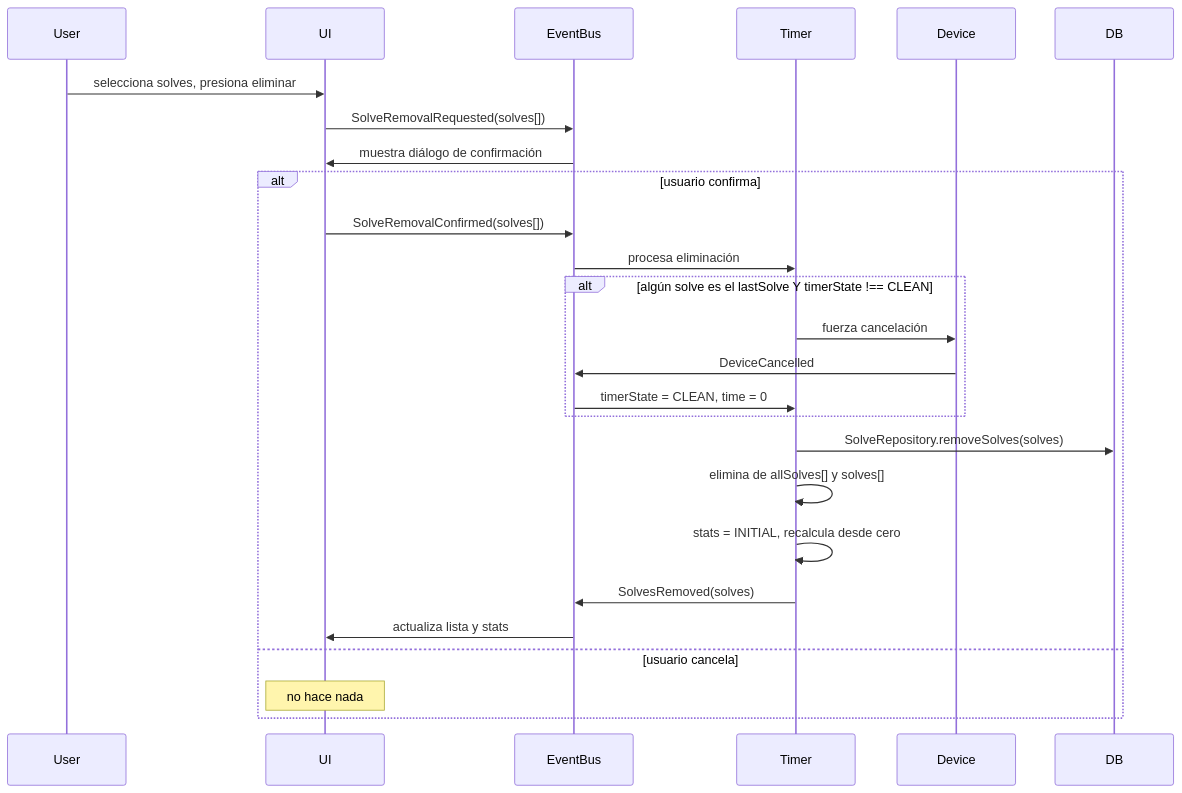
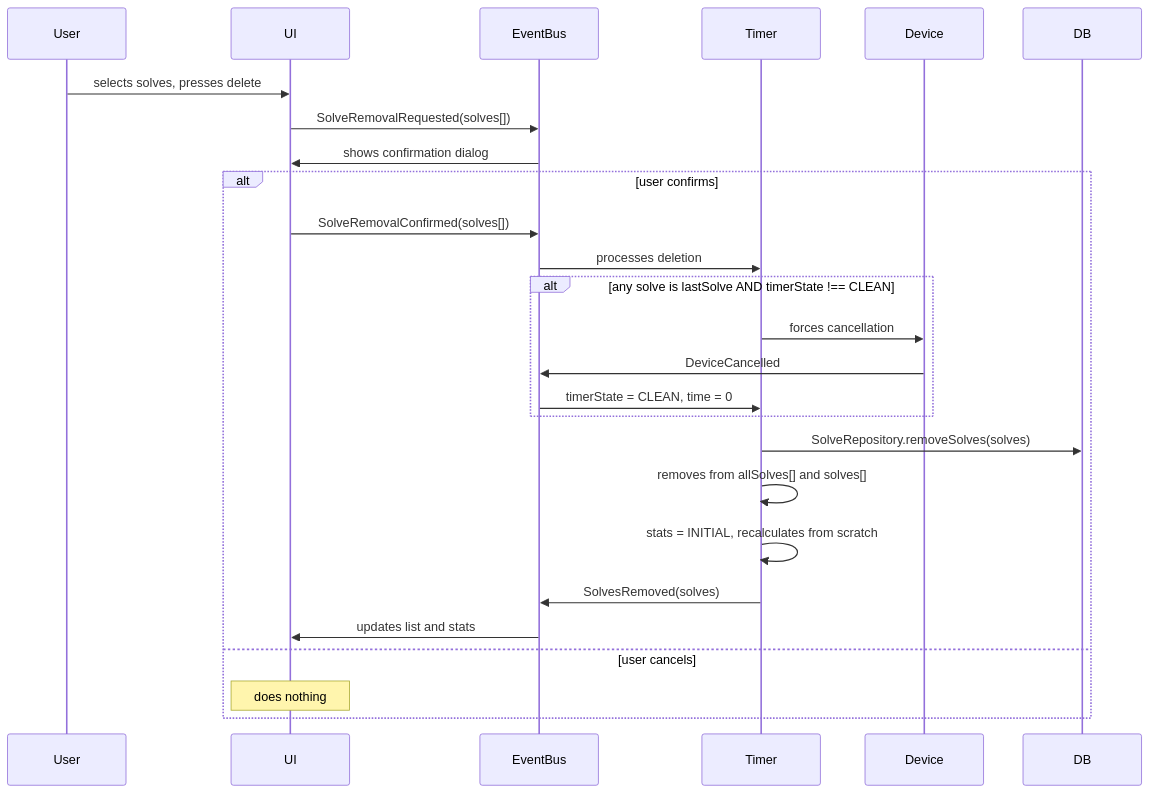
Before and after one commit to isaacvr/cubicdb: the second of 3 diagrams in docs/architecture/timer/solves.md, drawn with Mermaid. The commit also changed other lines of this file and 30 other files, not shown here.

````diff
--- a/docs/architecture/timer/solves.md
+++ b/docs/architecture/timer/solves.md
@@ -64,32 +64,32 @@
 ```mermaid
 sequenceDiagram
     participant U as User
     participant UI
     participant EB as EventBus
     participant T as Timer
     participant D as Device
     participant DB
 
-    U->>UI: selecciona solves, presiona eliminar
+    U->>UI: selects solves, presses delete
     UI->>EB: SolveRemovalRequested(solves[])
-    EB->>UI: muestra diálogo de confirmación
+    EB->>UI: shows confirmation dialog
 
-    alt usuario confirma
+    alt user confirms
         UI->>EB: SolveRemovalConfirmed(solves[])
-        EB->>T: procesa eliminación
+        EB->>T: processes deletion
 
-        alt algún solve es el lastSolve Y timerState !== CLEAN
-            T->>D: fuerza cancelación
+        alt any solve is lastSolve AND timerState !== CLEAN
+            T->>D: forces cancellation
             D->>EB: DeviceCancelled
             EB->>T: timerState = CLEAN, time = 0
         end
 
         T->>DB: SolveRepository.removeSolves(solves)
-        T->>T: elimina de allSolves[] y solves[]
-        T->>T: stats = INITIAL, recalcula desde cero
+        T->>T: removes from allSolves[] and solves[]
+        T->>T: stats = INITIAL, recalculates from scratch
         T->>EB: SolvesRemoved(solves)
-        EB->>UI: actualiza lista y stats
-    else usuario cancela
-        Note over UI: no hace nada
+        EB->>UI: updates list and stats
+    else user cancels
+        Note over UI: does nothing
     end
 ```
````
